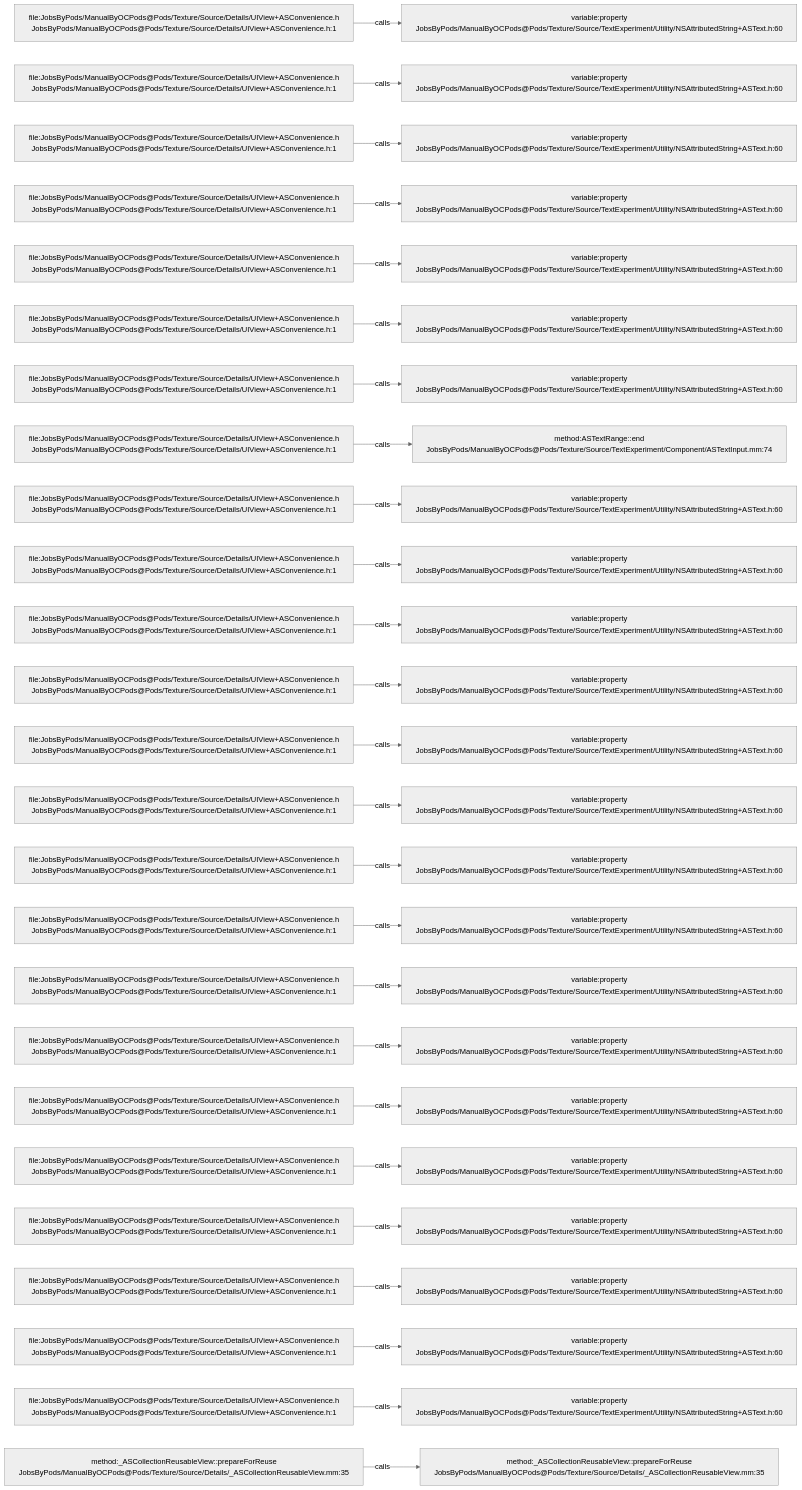
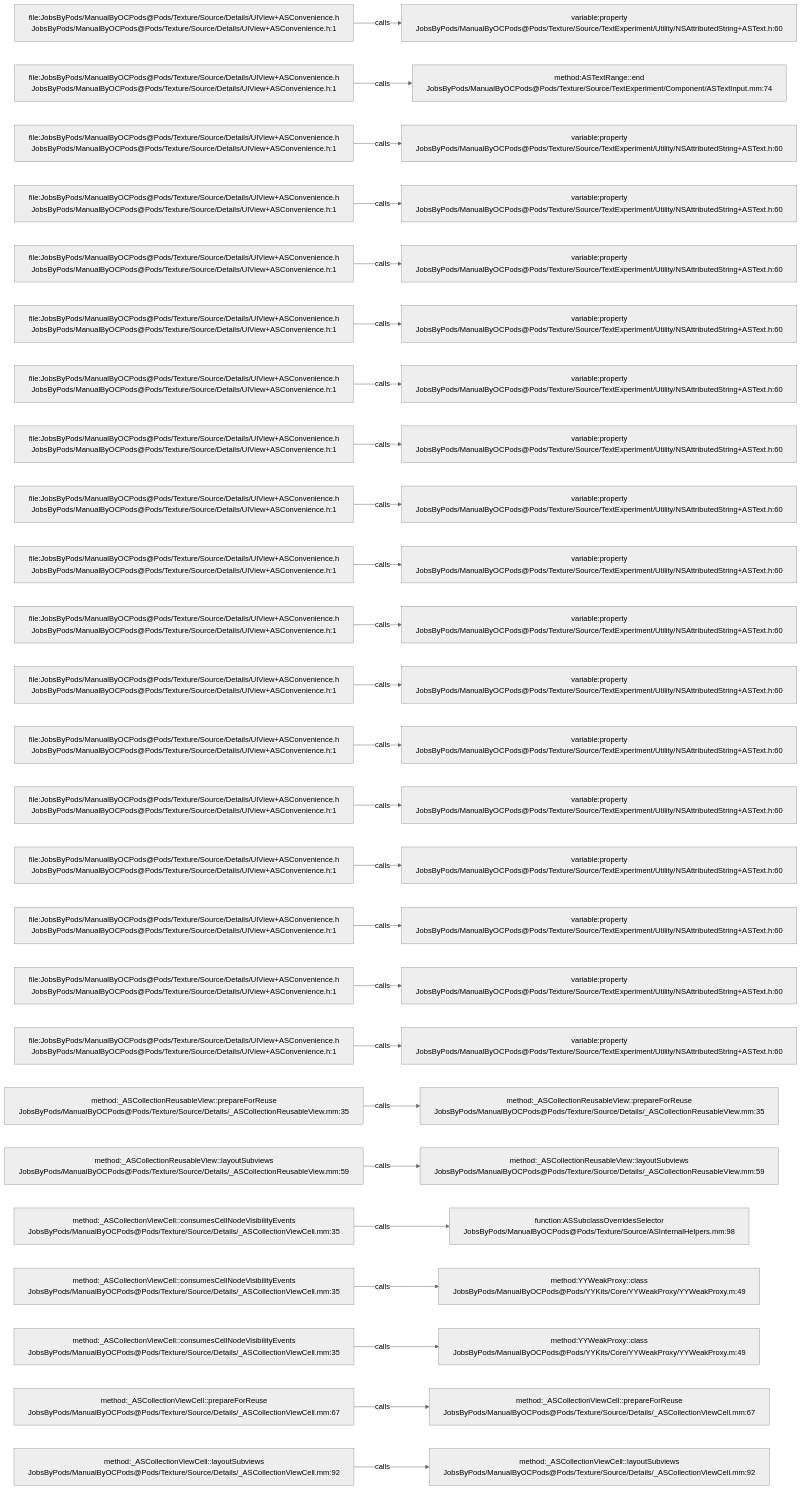
The diagram in .codegraph/codegraph.md/graphs/calls-162.md (JobsKits/JobsOCBaseConfigDemo), drawn with Mermaid (neutral theme) before and after one commit. The commit also changed 666 other files, not shown here.

````diff
--- a/.codegraph/codegraph.md/graphs/calls-162.md
+++ b/.codegraph/codegraph.md/graphs/calls-162.md
@@ -13,78 +13,78 @@
 ```mermaid
 flowchart LR
   S1["file:JobsByPods/ManualByOCPods@Pods/Texture/Source/Details/UIView+ASConvenience.h<br/>JobsByPods/ManualByOCPods@Pods/Texture/Source/Details/UIView+ASConvenience.h:1"]
   T1["variable:property<br/>JobsByPods/ManualByOCPods@Pods/Texture/Source/TextExperiment/Utility/NSAttributedString+ASText.h:60"]
   S1 -->|calls| T1
   S2["file:JobsByPods/ManualByOCPods@Pods/Texture/Source/Details/UIView+ASConvenience.h<br/>JobsByPods/ManualByOCPods@Pods/Texture/Source/Details/UIView+ASConvenience.h:1"]
-  T2["variable:property<br/>JobsByPods/ManualByOCPods@Pods/Texture/Source/TextExperiment/Utility/NSAttributedString+ASText.h:60"]
+  T2["method:ASTextRange::end<br/>JobsByPods/ManualByOCPods@Pods/Texture/Source/TextExperiment/Component/ASTextInput.mm:74"]
   S2 -->|calls| T2
   S3["file:JobsByPods/ManualByOCPods@Pods/Texture/Source/Details/UIView+ASConvenience.h<br/>JobsByPods/ManualByOCPods@Pods/Texture/Source/Details/UIView+ASConvenience.h:1"]
   T3["variable:property<br/>JobsByPods/ManualByOCPods@Pods/Texture/Source/TextExperiment/Utility/NSAttributedString+ASText.h:60"]
   S3 -->|calls| T3
   S4["file:JobsByPods/ManualByOCPods@Pods/Texture/Source/Details/UIView+ASConvenience.h<br/>JobsByPods/ManualByOCPods@Pods/Texture/Source/Details/UIView+ASConvenience.h:1"]
   T4["variable:property<br/>JobsByPods/ManualByOCPods@Pods/Texture/Source/TextExperiment/Utility/NSAttributedString+ASText.h:60"]
   S4 -->|calls| T4
   S5["file:JobsByPods/ManualByOCPods@Pods/Texture/Source/Details/UIView+ASConvenience.h<br/>JobsByPods/ManualByOCPods@Pods/Texture/Source/Details/UIView+ASConvenience.h:1"]
   T5["variable:property<br/>JobsByPods/ManualByOCPods@Pods/Texture/Source/TextExperiment/Utility/NSAttributedString+ASText.h:60"]
   S5 -->|calls| T5
   S6["file:JobsByPods/ManualByOCPods@Pods/Texture/Source/Details/UIView+ASConvenience.h<br/>JobsByPods/ManualByOCPods@Pods/Texture/Source/Details/UIView+ASConvenience.h:1"]
   T6["variable:property<br/>JobsByPods/ManualByOCPods@Pods/Texture/Source/TextExperiment/Utility/NSAttributedString+ASText.h:60"]
   S6 -->|calls| T6
   S7["file:JobsByPods/ManualByOCPods@Pods/Texture/Source/Details/UIView+ASConvenience.h<br/>JobsByPods/ManualByOCPods@Pods/Texture/Source/Details/UIView+ASConvenience.h:1"]
   T7["variable:property<br/>JobsByPods/ManualByOCPods@Pods/Texture/Source/TextExperiment/Utility/NSAttributedString+ASText.h:60"]
   S7 -->|calls| T7
   S8["file:JobsByPods/ManualByOCPods@Pods/Texture/Source/Details/UIView+ASConvenience.h<br/>JobsByPods/ManualByOCPods@Pods/Texture/Source/Details/UIView+ASConvenience.h:1"]
-  T8["method:ASTextRange::end<br/>JobsByPods/ManualByOCPods@Pods/Texture/Source/TextExperiment/Component/ASTextInput.mm:74"]
+  T8["variable:property<br/>JobsByPods/ManualByOCPods@Pods/Texture/Source/TextExperiment/Utility/NSAttributedString+ASText.h:60"]
   S8 -->|calls| T8
   S9["file:JobsByPods/ManualByOCPods@Pods/Texture/Source/Details/UIView+ASConvenience.h<br/>JobsByPods/ManualByOCPods@Pods/Texture/Source/Details/UIView+ASConvenience.h:1"]
   T9["variable:property<br/>JobsByPods/ManualByOCPods@Pods/Texture/Source/TextExperiment/Utility/NSAttributedString+ASText.h:60"]
   S9 -->|calls| T9
   S10["file:JobsByPods/ManualByOCPods@Pods/Texture/Source/Details/UIView+ASConvenience.h<br/>JobsByPods/ManualByOCPods@Pods/Texture/Source/Details/UIView+ASConvenience.h:1"]
   T10["variable:property<br/>JobsByPods/ManualByOCPods@Pods/Texture/Source/TextExperiment/Utility/NSAttributedString+ASText.h:60"]
   S10 -->|calls| T10
   S11["file:JobsByPods/ManualByOCPods@Pods/Texture/Source/Details/UIView+ASConvenience.h<br/>JobsByPods/ManualByOCPods@Pods/Texture/Source/Details/UIView+ASConvenience.h:1"]
   T11["variable:property<br/>JobsByPods/ManualByOCPods@Pods/Texture/Source/TextExperiment/Utility/NSAttributedString+ASText.h:60"]
   S11 -->|calls| T11
   S12["file:JobsByPods/ManualByOCPods@Pods/Texture/Source/Details/UIView+ASConvenience.h<br/>JobsByPods/ManualByOCPods@Pods/Texture/Source/Details/UIView+ASConvenience.h:1"]
   T12["variable:property<br/>JobsByPods/ManualByOCPods@Pods/Texture/Source/TextExperiment/Utility/NSAttributedString+ASText.h:60"]
   S12 -->|calls| T12
   S13["file:JobsByPods/ManualByOCPods@Pods/Texture/Source/Details/UIView+ASConvenience.h<br/>JobsByPods/ManualByOCPods@Pods/Texture/Source/Details/UIView+ASConvenience.h:1"]
   T13["variable:property<br/>JobsByPods/ManualByOCPods@Pods/Texture/Source/TextExperiment/Utility/NSAttributedString+ASText.h:60"]
   S13 -->|calls| T13
   S14["file:JobsByPods/ManualByOCPods@Pods/Texture/Source/Details/UIView+ASConvenience.h<br/>JobsByPods/ManualByOCPods@Pods/Texture/Source/Details/UIView+ASConvenience.h:1"]
   T14["variable:property<br/>JobsByPods/ManualByOCPods@Pods/Texture/Source/TextExperiment/Utility/NSAttributedString+ASText.h:60"]
   S14 -->|calls| T14
   S15["file:JobsByPods/ManualByOCPods@Pods/Texture/Source/Details/UIView+ASConvenience.h<br/>JobsByPods/ManualByOCPods@Pods/Texture/Source/Details/UIView+ASConvenience.h:1"]
   T15["variable:property<br/>JobsByPods/ManualByOCPods@Pods/Texture/Source/TextExperiment/Utility/NSAttributedString+ASText.h:60"]
   S15 -->|calls| T15
   S16["file:JobsByPods/ManualByOCPods@Pods/Texture/Source/Details/UIView+ASConvenience.h<br/>JobsByPods/ManualByOCPods@Pods/Texture/Source/Details/UIView+ASConvenience.h:1"]
   T16["variable:property<br/>JobsByPods/ManualByOCPods@Pods/Texture/Source/TextExperiment/Utility/NSAttributedString+ASText.h:60"]
   S16 -->|calls| T16
   S17["file:JobsByPods/ManualByOCPods@Pods/Texture/Source/Details/UIView+ASConvenience.h<br/>JobsByPods/ManualByOCPods@Pods/Texture/Source/Details/UIView+ASConvenience.h:1"]
   T17["variable:property<br/>JobsByPods/ManualByOCPods@Pods/Texture/Source/TextExperiment/Utility/NSAttributedString+ASText.h:60"]
   S17 -->|calls| T17
   S18["file:JobsByPods/ManualByOCPods@Pods/Texture/Source/Details/UIView+ASConvenience.h<br/>JobsByPods/ManualByOCPods@Pods/Texture/Source/Details/UIView+ASConvenience.h:1"]
   T18["variable:property<br/>JobsByPods/ManualByOCPods@Pods/Texture/Source/TextExperiment/Utility/NSAttributedString+ASText.h:60"]
   S18 -->|calls| T18
-  S19["file:JobsByPods/ManualByOCPods@Pods/Texture/Source/Details/UIView+ASConvenience.h<br/>JobsByPods/ManualByOCPods@Pods/Texture/Source/Details/UIView+ASConvenience.h:1"]
-  T19["variable:property<br/>JobsByPods/ManualByOCPods@Pods/Texture/Source/TextExperiment/Utility/NSAttributedString+ASText.h:60"]
+  S19["method:_ASCollectionReusableView::prepareForReuse<br/>JobsByPods/ManualByOCPods@Pods/Texture/Source/Details/_ASCollectionReusableView.mm:35"]
+  T19["method:_ASCollectionReusableView::prepareForReuse<br/>JobsByPods/ManualByOCPods@Pods/Texture/Source/Details/_ASCollectionReusableView.mm:35"]
   S19 -->|calls| T19
-  S20["file:JobsByPods/ManualByOCPods@Pods/Texture/Source/Details/UIView+ASConvenience.h<br/>JobsByPods/ManualByOCPods@Pods/Texture/Source/Details/UIView+ASConvenience.h:1"]
-  T20["variable:property<br/>JobsByPods/ManualByOCPods@Pods/Texture/Source/TextExperiment/Utility/NSAttributedString+ASText.h:60"]
+  S20["method:_ASCollectionReusableView::layoutSubviews<br/>JobsByPods/ManualByOCPods@Pods/Texture/Source/Details/_ASCollectionReusableView.mm:59"]
+  T20["method:_ASCollectionReusableView::layoutSubviews<br/>JobsByPods/ManualByOCPods@Pods/Texture/Source/Details/_ASCollectionReusableView.mm:59"]
   S20 -->|calls| T20
-  S21["file:JobsByPods/ManualByOCPods@Pods/Texture/Source/Details/UIView+ASConvenience.h<br/>JobsByPods/ManualByOCPods@Pods/Texture/Source/Details/UIView+ASConvenience.h:1"]
-  T21["variable:property<br/>JobsByPods/ManualByOCPods@Pods/Texture/Source/TextExperiment/Utility/NSAttributedString+ASText.h:60"]
+  S21["method:_ASCollectionViewCell::consumesCellNodeVisibilityEvents<br/>JobsByPods/ManualByOCPods@Pods/Texture/Source/Details/_ASCollectionViewCell.mm:35"]
+  T21["function:ASSubclassOverridesSelector<br/>JobsByPods/ManualByOCPods@Pods/Texture/Source/ASInternalHelpers.mm:98"]
   S21 -->|calls| T21
-  S22["file:JobsByPods/ManualByOCPods@Pods/Texture/Source/Details/UIView+ASConvenience.h<br/>JobsByPods/ManualByOCPods@Pods/Texture/Source/Details/UIView+ASConvenience.h:1"]
-  T22["variable:property<br/>JobsByPods/ManualByOCPods@Pods/Texture/Source/TextExperiment/Utility/NSAttributedString+ASText.h:60"]
+  S22["method:_ASCollectionViewCell::consumesCellNodeVisibilityEvents<br/>JobsByPods/ManualByOCPods@Pods/Texture/Source/Details/_ASCollectionViewCell.mm:35"]
+  T22["method:YYWeakProxy::class<br/>JobsByPods/ManualByOCPods@Pods/YYKits/Core/YYWeakProxy/YYWeakProxy.m:49"]
   S22 -->|calls| T22
-  S23["file:JobsByPods/ManualByOCPods@Pods/Texture/Source/Details/UIView+ASConvenience.h<br/>JobsByPods/ManualByOCPods@Pods/Texture/Source/Details/UIView+ASConvenience.h:1"]
-  T23["variable:property<br/>JobsByPods/ManualByOCPods@Pods/Texture/Source/TextExperiment/Utility/NSAttributedString+ASText.h:60"]
+  S23["method:_ASCollectionViewCell::consumesCellNodeVisibilityEvents<br/>JobsByPods/ManualByOCPods@Pods/Texture/Source/Details/_ASCollectionViewCell.mm:35"]
+  T23["method:YYWeakProxy::class<br/>JobsByPods/ManualByOCPods@Pods/YYKits/Core/YYWeakProxy/YYWeakProxy.m:49"]
   S23 -->|calls| T23
-  S24["file:JobsByPods/ManualByOCPods@Pods/Texture/Source/Details/UIView+ASConvenience.h<br/>JobsByPods/ManualByOCPods@Pods/Texture/Source/Details/UIView+ASConvenience.h:1"]
-  T24["variable:property<br/>JobsByPods/ManualByOCPods@Pods/Texture/Source/TextExperiment/Utility/NSAttributedString+ASText.h:60"]
+  S24["method:_ASCollectionViewCell::prepareForReuse<br/>JobsByPods/ManualByOCPods@Pods/Texture/Source/Details/_ASCollectionViewCell.mm:67"]
+  T24["method:_ASCollectionViewCell::prepareForReuse<br/>JobsByPods/ManualByOCPods@Pods/Texture/Source/Details/_ASCollectionViewCell.mm:67"]
   S24 -->|calls| T24
-  S25["method:_ASCollectionReusableView::prepareForReuse<br/>JobsByPods/ManualByOCPods@Pods/Texture/Source/Details/_ASCollectionReusableView.mm:35"]
-  T25["method:_ASCollectionReusableView::prepareForReuse<br/>JobsByPods/ManualByOCPods@Pods/Texture/Source/Details/_ASCollectionReusableView.mm:35"]
+  S25["method:_ASCollectionViewCell::layoutSubviews<br/>JobsByPods/ManualByOCPods@Pods/Texture/Source/Details/_ASCollectionViewCell.mm:92"]
+  T25["method:_ASCollectionViewCell::layoutSubviews<br/>JobsByPods/ManualByOCPods@Pods/Texture/Source/Details/_ASCollectionViewCell.mm:92"]
   S25 -->|calls| T25
 ```
````
